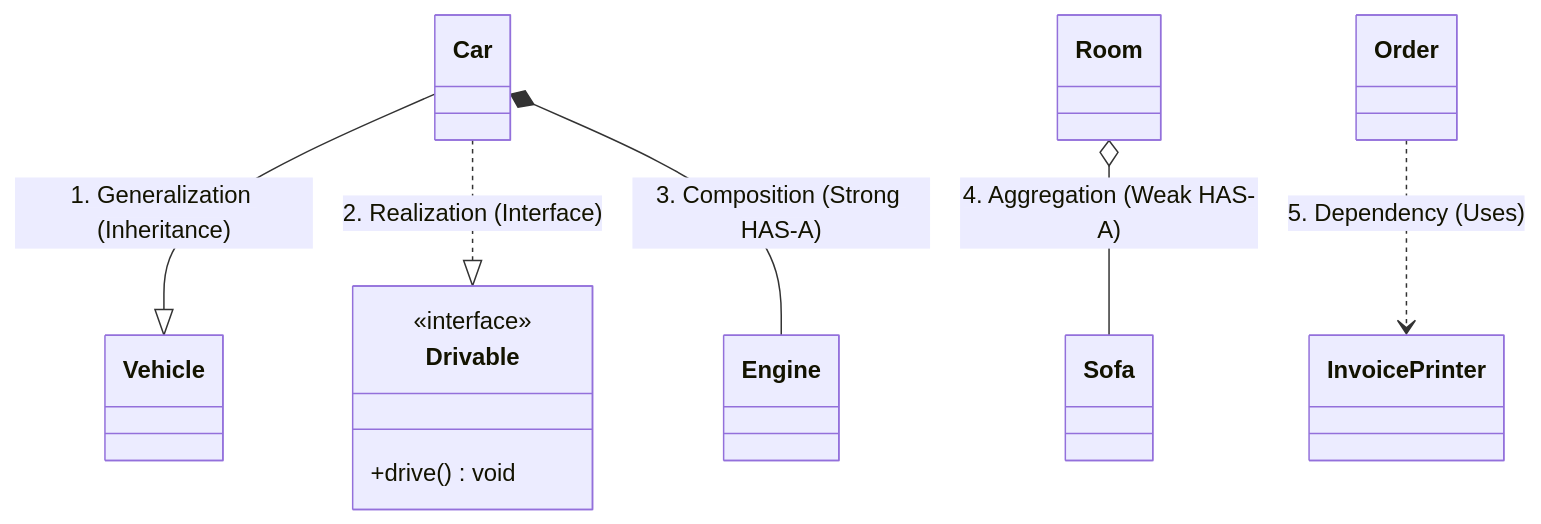
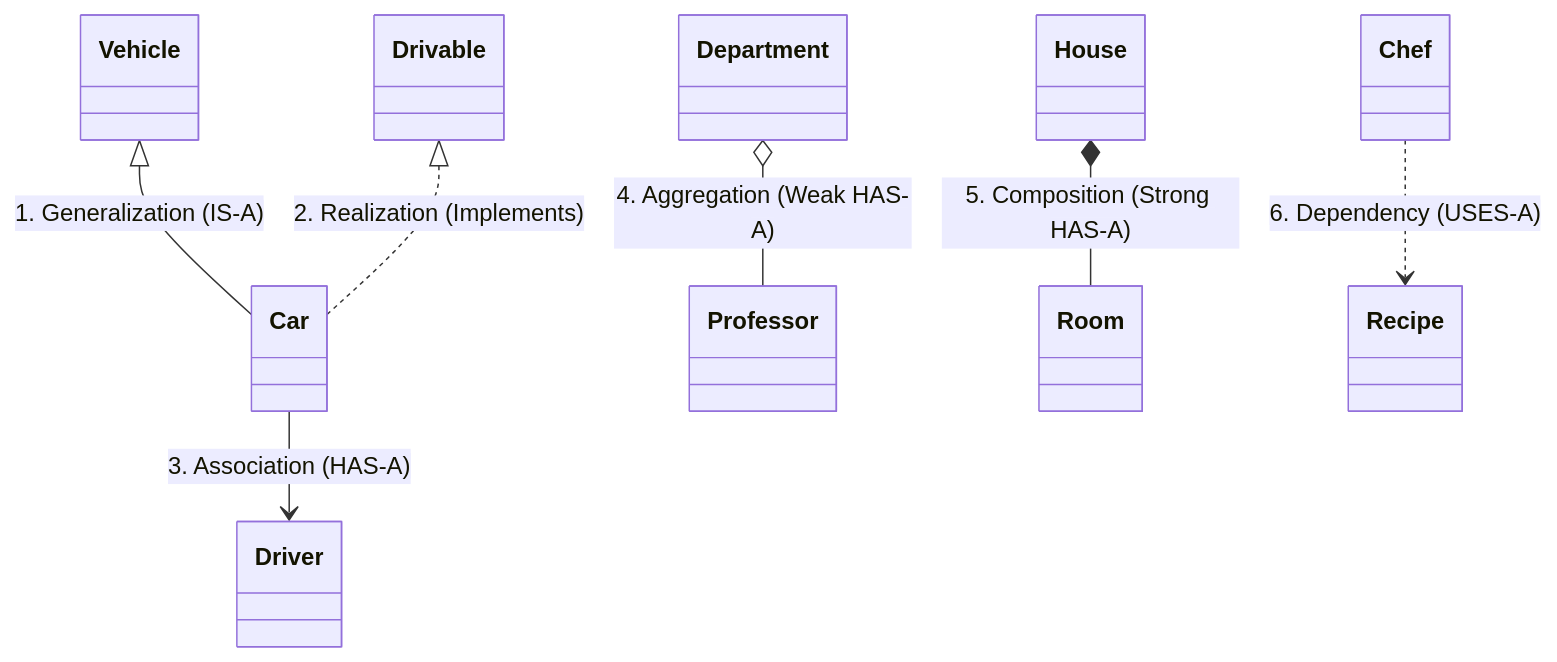
One commit to rohithgowda18/Notes changed the third of 4 diagrams in 04-OOPs-and-Design-Patterns/01-Core-OOPs-and-UML/04-UML-Diagrams-Class-and-Sequence-Diagrams.md. Above: the diagram before and after it, drawn with Mermaid. The commit also changed other lines of this file and 17 other files, not shown here.

Commit message:
docs(lld): enrich notes with deep architectural analysis, diagrams, anti-patterns & code

````diff
--- a/04-OOPs-and-Design-Patterns/01-Core-OOPs-and-UML/04-UML-Diagrams-Class-and-Sequence-Diagrams.md
+++ b/04-OOPs-and-Design-Patterns/01-Core-OOPs-and-UML/04-UML-Diagrams-Class-and-Sequence-Diagrams.md
@@ -61,20 +64,20 @@
 ```mermaid
 classDiagram
-    class Vehicle
-    class Car
-    class Drivable {
-        <<interface>>
-        +drive() void
-    }
-    class Engine
-    class Room
-    class Sofa
-    class Order
-    class InvoicePrinter
-
-    Car --|> Vehicle : 1. Generalization (Inheritance)
-    Car ..|> Drivable : 2. Realization (Interface)
-    Car *-- Engine : 3. Composition (Strong HAS-A)
-    Room o-- Sofa : 4. Aggregation (Weak HAS-A)
-    Order ..> InvoicePrinter : 5. Dependency (Uses)
+    %% 1. Generalization
+    Vehicle <|-- Car : 1. Generalization (IS-A)
+    
+    %% 2. Realization
+    Drivable <|.. Car : 2. Realization (Implements)
+    
+    %% 3. Association
+    Car --> Driver : 3. Association (HAS-A)
+    
+    %% 4. Aggregation
+    Department o-- Professor : 4. Aggregation (Weak HAS-A)
+    
+    %% 5. Composition
+    House *-- Room : 5. Composition (Strong HAS-A)
+    
+    %% 6. Dependency
+    Chef ..> Recipe : 6. Dependency (USES-A)
 ```
````
